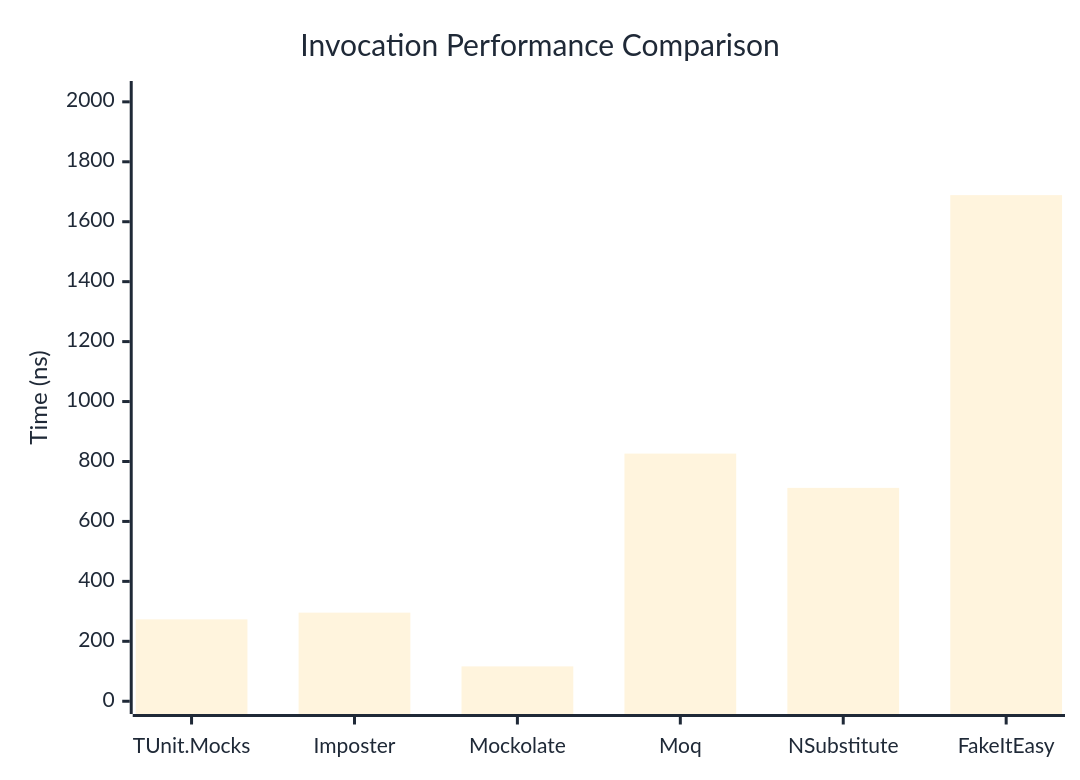
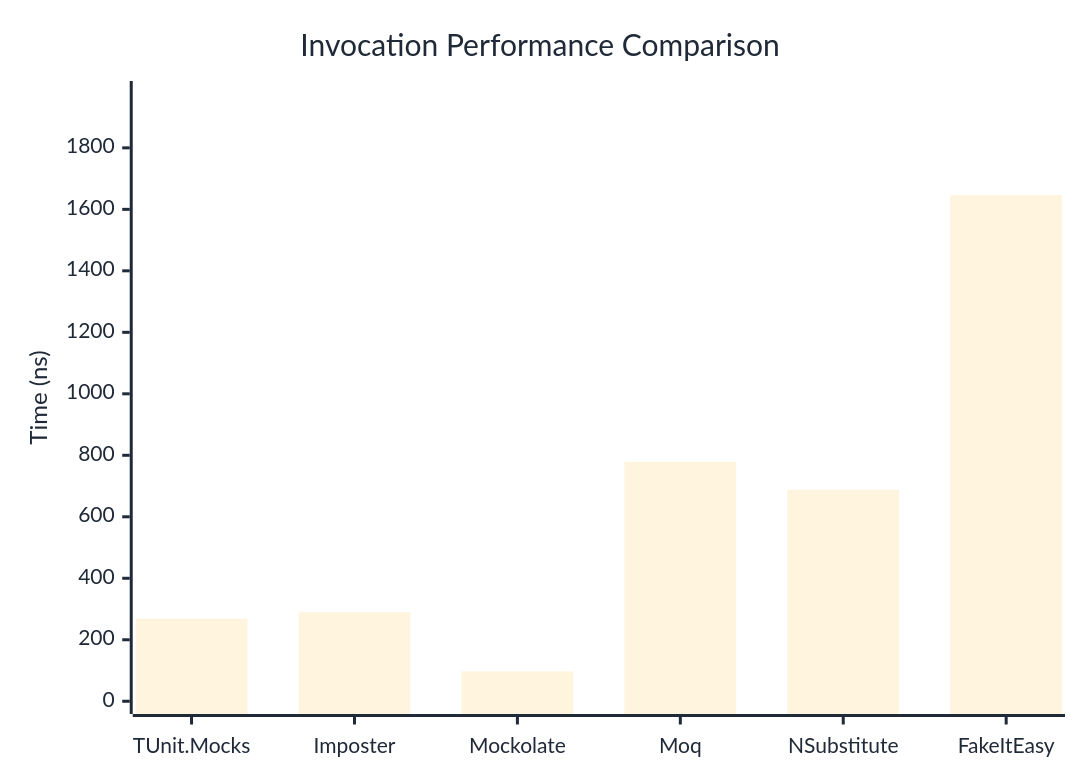
One commit to thomhurst/TUnit changed the first of 3 diagrams in docs/docs/benchmarks/mocks/Invocation.md. Above: the diagram before and after it, drawn with Mermaid. The commit also changed other lines of this file and 14 other files, not shown here.

````diff
--- a/docs/docs/benchmarks/mocks/Invocation.md
+++ b/docs/docs/benchmarks/mocks/Invocation.md
@@ -30,27 +30,27 @@
 ```mermaid
 %%{init: {
   'theme':'base',
   'themeVariables': {
     'primaryColor': '#2563eb',
     'primaryTextColor': '#1f2937',
     'primaryBorderColor': '#1e40af',
     'lineColor': '#6b7280',
     'secondaryColor': '#7c3aed',
     'tertiaryColor': '#dc2626',
     'background': '#ffffff',
     'pie1': '#2563eb',
     'pie2': '#7c3aed',
     'pie3': '#dc2626',
     'pie4': '#f59e0b',
     'pie5': '#10b981',
     'pie6': '#06b6d4',
     'pie7': '#ec4899',
     'pie8': '#6366f1'
   }
 }}%%
 xychart-beta
   title "Invocation Performance Comparison"
   x-axis ["TUnit.Mocks", "Imposter", "Mockolate", "Moq", "NSubstitute", "FakeItEasy"]
-  y-axis "Time (ns)" 0 --> 2027
-  bar [273.21, 295.6, 116.27, 826.32, 711.93, 1688.72]
+  y-axis "Time (ns)" 0 --> 1976
+  bar [268.82, 289.23, 97.23, 779.18, 687.43, 1646.5]
 ```
````
